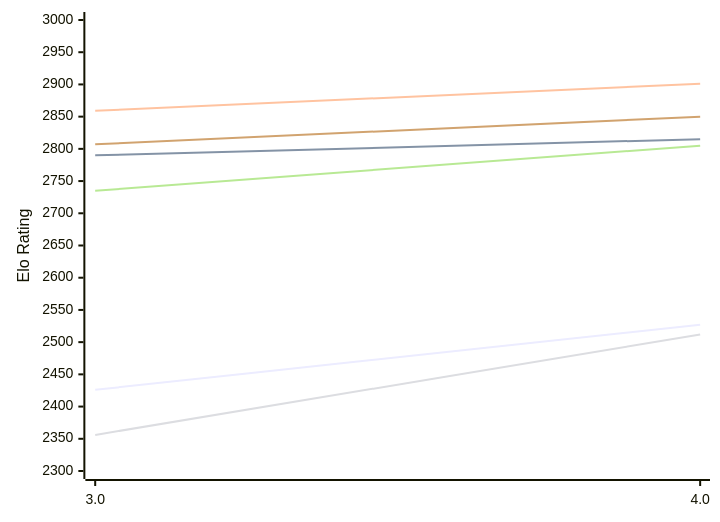
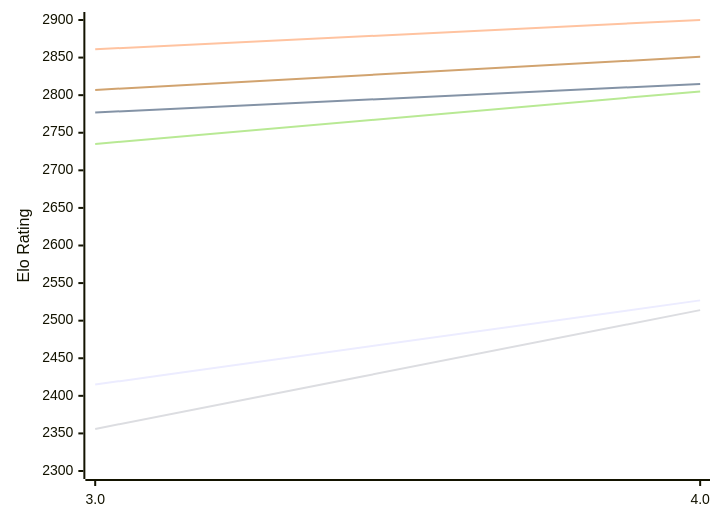
The first of 2 diagrams in engines/Chess3.md (computer-chess-index/cci), drawn with Mermaid before and after one commit. The commit also changed other lines of this file, not shown here.

Commit message:
Update CCI Ratings (ELO VLTC) - 2026-11-27

````diff
--- a/engines/Chess3.md
+++ b/engines/Chess3.md
@@ -50,12 +50,12 @@
 ```mermaid
 %%{init: {"theme":"base","themeVariables":{"seriesColors:['#a3a3a3','#222221','#faa371']}}}%%
 xychart-beta
   x-axis ["3.0", "4.0"]
-  y-axis "Elo Rating" 2300 --> 3000
-  line "E1: STC (8.0+0.08s)" [2426, 2527]
-  line "E1: LTC (60.0+0.60s)" [2790, 2815]
-  line "E1: VLTC (2m24s+1.12s)" [2859, 2901]
-  line "P1: STC (8.0+0.08s)" [2356, 2512]
+  y-axis "Elo Rating" 2300 --> 2900
+  line "E1: STC (8.0+0.08s)" [2415, 2527]
+  line "E1: LTC (60.0+0.60s)" [2777, 2815]
+  line "E1: VLTC (2m24s+1.12s)" [2861, 2900]
+  line "P1: STC (8.0+0.08s)" [2356, 2514]
   line "P1: LTC (60.0+0.60s)" [2735, 2805]
-  line "P1: VLTC (2m24s+1.12s)" [2807, 2850]
+  line "P1: VLTC (2m24s+1.12s)" [2807, 2851]
 ```
````
